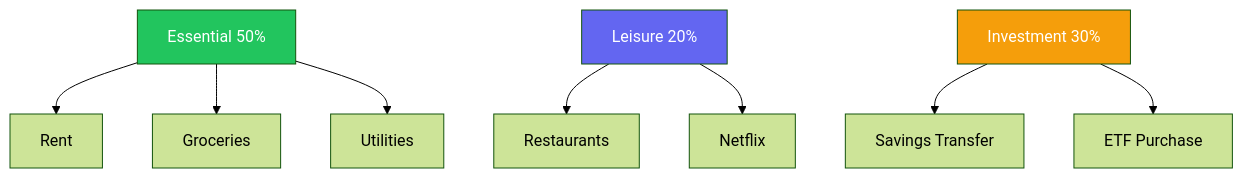
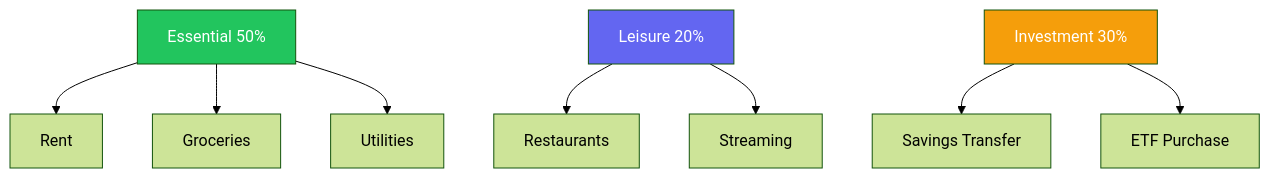
The diagram in docs/features/finances.md (tiagorocha94/hh-docs), drawn with Mermaid (forest theme) before and after one commit. The commit also changed other lines of this file and 1 other file, not shown here.

````diff
--- a/docs/features/finances.md
+++ b/docs/features/finances.md
@@ -26,14 +26,14 @@
 ```mermaid
 graph TD
     G1[Essential 50%] --> C1[Rent]
     G1 --> C2[Groceries]
     G1 --> C3[Utilities]
     G2[Leisure 20%] --> C4[Restaurants]
-    G2 --> C5[Netflix]
+    G2 --> C5[Streaming]
     G3[Investment 30%] --> C6[Savings Transfer]
     G3 --> C7[ETF Purchase]
 
     style G1 fill:#22c55e,color:#fff
     style G2 fill:#6366f1,color:#fff
     style G3 fill:#f59e0b,color:#fff
 ```
````
